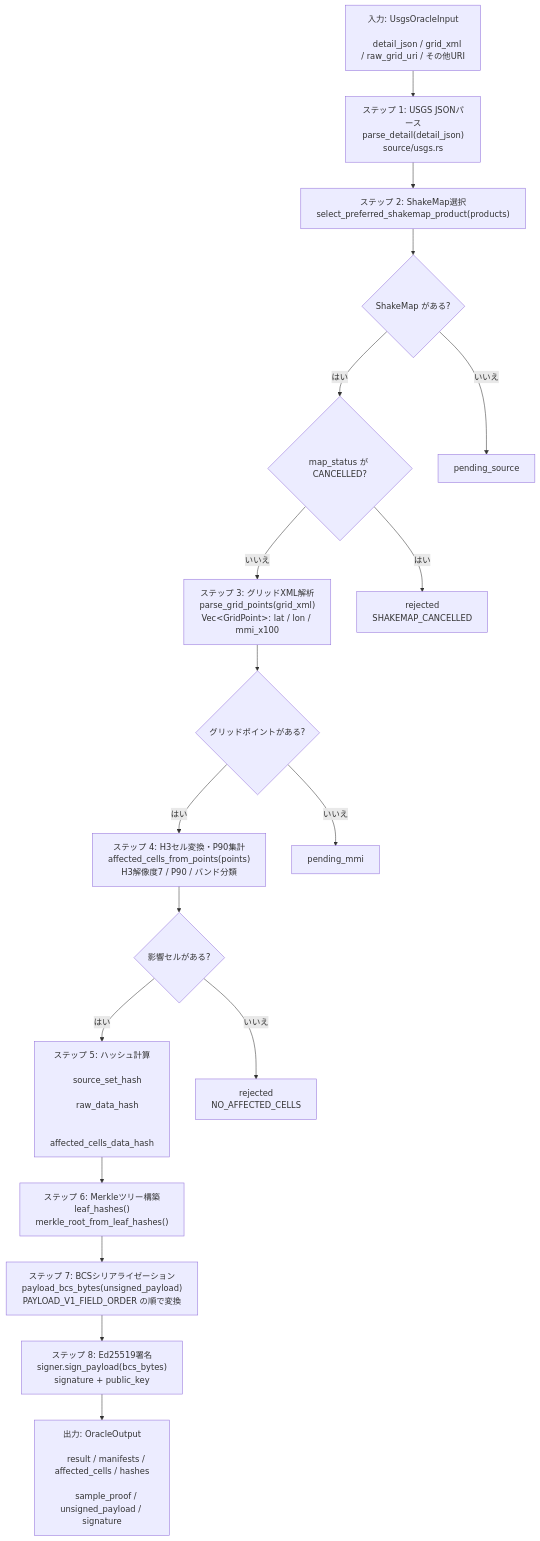
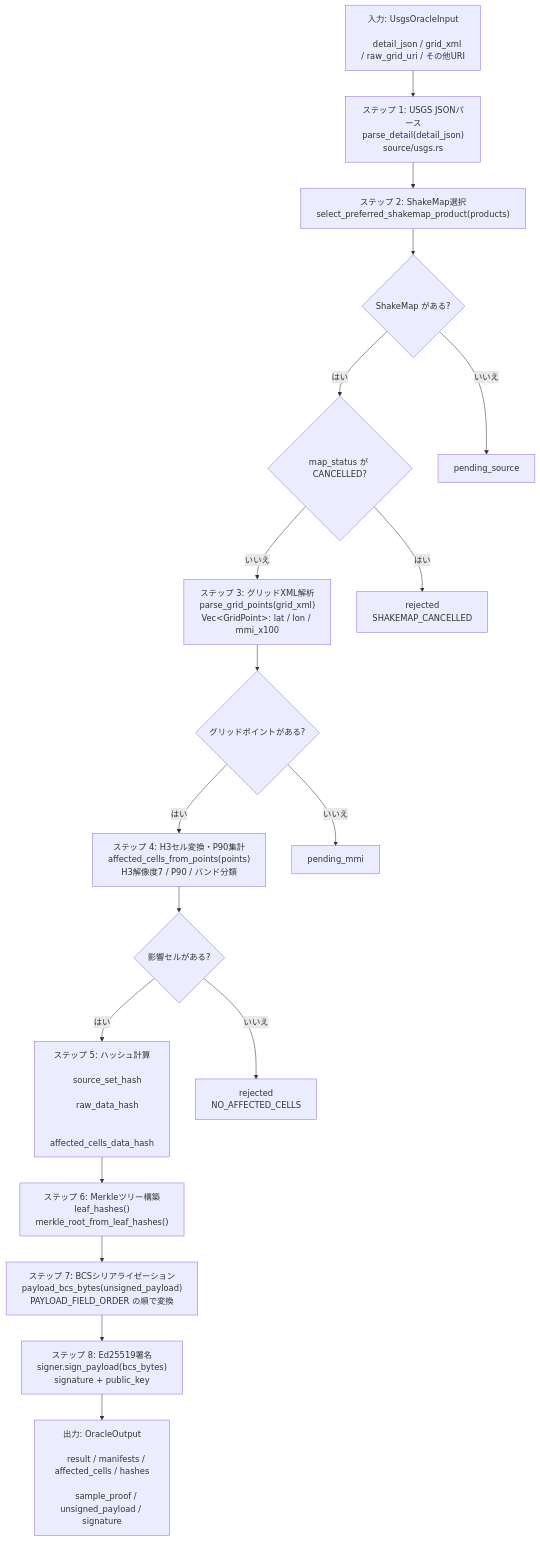
One commit to UnagiLabs/Sonari changed the first of 3 diagrams in nautilus/verifiers/earthquake/tee/README.md. Above: the diagram before and after it, drawn with Mermaid. The commit also changed other lines of this file and 18 other files, not shown here.

````diff
--- a/nautilus/verifiers/earthquake/tee/README.md
+++ b/nautilus/verifiers/earthquake/tee/README.md
@@ -48,56 +48,56 @@
 ```mermaid
 flowchart TD
   input[
     入力: UsgsOracleInput<br/>
     detail_json / grid_xml / raw_grid_uri / その他URI
   ]
 
   parse["ステップ 1: USGS JSONパース<br/>parse_detail(detail_json)<br/>source/usgs.rs"]
 
   select["ステップ 2: ShakeMap選択<br/>select_preferred_shakemap_product(products)"]
 
   hasShakeMap{ShakeMap がある?}
   cancelled{map_status が CANCELLED?}
 
   grid["ステップ 3: グリッドXML解析<br/>parse_grid_points(grid_xml)<br/>Vec&lt;GridPoint&gt;: lat / lon / mmi_x100"]
 
   hasGrid{グリッドポイントがある?}
 
   cells["ステップ 4: H3セル変換・P90集計<br/>affected_cells_from_points(points)<br/>H3解像度7 / P90 / バンド分類"]
 
   hasAffectedCells{影響セルがある?}
 
   hash[
     ステップ 5: ハッシュ計算<br/>
     source_set_hash<br/>
     raw_data_hash<br/>
     affected_cells_data_hash
   ]
 
   merkle["ステップ 6: Merkleツリー構築<br/>leaf_hashes()<br/>merkle_root_from_leaf_hashes()"]
 
-  bcs["ステップ 7: BCSシリアライゼーション<br/>payload_bcs_bytes(unsigned_payload)<br/>PAYLOAD_V1_FIELD_ORDER の順で変換"]
+  bcs["ステップ 7: BCSシリアライゼーション<br/>payload_bcs_bytes(unsigned_payload)<br/>PAYLOAD_FIELD_ORDER の順で変換"]
 
   sign["ステップ 8: Ed25519署名<br/>signer.sign_payload(bcs_bytes)<br/>signature + public_key"]
 
   output[
     出力: OracleOutput<br/>
     result / manifests / affected_cells / hashes<br/>
     sample_proof / unsigned_payload / signature
   ]
 
   pendingSource[pending_source]
   pendingMmi[pending_mmi]
   rejectedCancelled[rejected<br/>SHAKEMAP_CANCELLED]
   rejectedNoCells[rejected<br/>NO_AFFECTED_CELLS]
 
   input --> parse --> select --> hasShakeMap
   hasShakeMap -->|いいえ| pendingSource
   hasShakeMap -->|はい| cancelled
   cancelled -->|はい| rejectedCancelled
   cancelled -->|いいえ| grid --> hasGrid
   hasGrid -->|いいえ| pendingMmi
   hasGrid -->|はい| cells --> hasAffectedCells
   hasAffectedCells -->|いいえ| rejectedNoCells
   hasAffectedCells -->|はい| hash --> merkle --> bcs --> sign --> output
 ```
````
